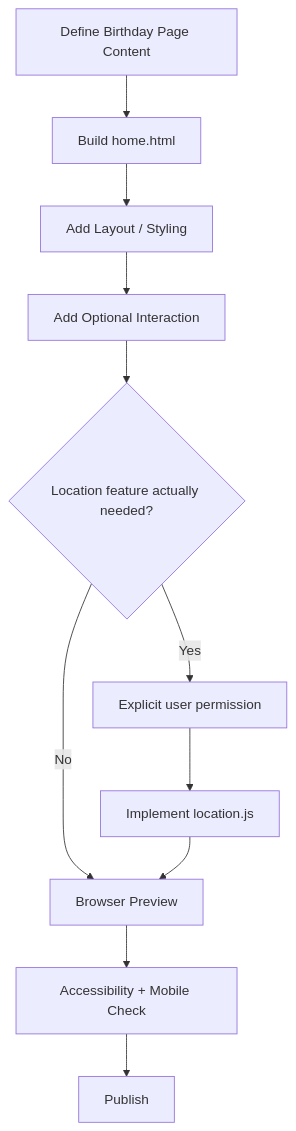
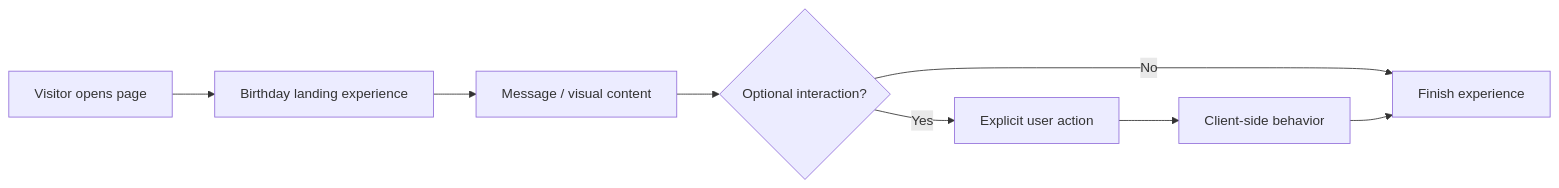
One commit to HidayahMF/BirthdayGtya changed the first of 3 diagrams in docs/development-pipeline.md. Above: the diagram before and after it, drawn with Mermaid. The commit also changed other lines of this file, not shown here.

Commit message:
docs: upgrade development pipeline visual blueprint

````diff
--- a/docs/development-pipeline.md
+++ b/docs/development-pipeline.md
@@ -19,13 +20,10 @@
 ```mermaid
-flowchart TD
-    IDEA[Define Birthday Page Content] --> HTML[Build home.html]
-    HTML --> STYLE[Add Layout / Styling]
-    STYLE --> INTERACT[Add Optional Interaction]
-    INTERACT --> LOCATION{Location feature actually needed?}
-    LOCATION -->|Yes| CONSENT[Explicit user permission]
-    CONSENT --> JS[Implement location.js]
-    LOCATION -->|No| PREVIEW[Skip location code]
-    JS --> PREVIEW[Browser Preview]
-    PREVIEW --> ACCESS[Accessibility + Mobile Check]
-    ACCESS --> PUBLISH[Publish]
+flowchart LR
+    V[Visitor opens page] --> H[Birthday landing experience]
+    H --> C[Message / visual content]
+    C --> I{Optional interaction?}
+    I -->|No| E[Finish experience]
+    I -->|Yes| P[Explicit user action]
+    P --> J[Client-side behavior]
+    J --> E
 ```
````
